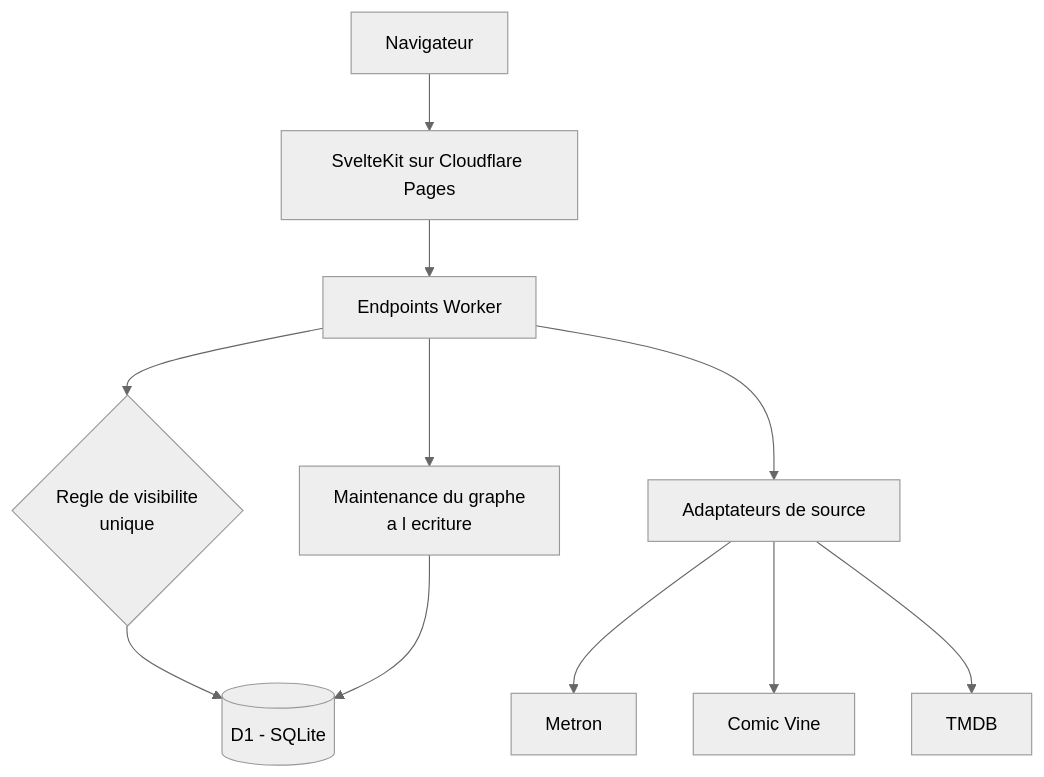
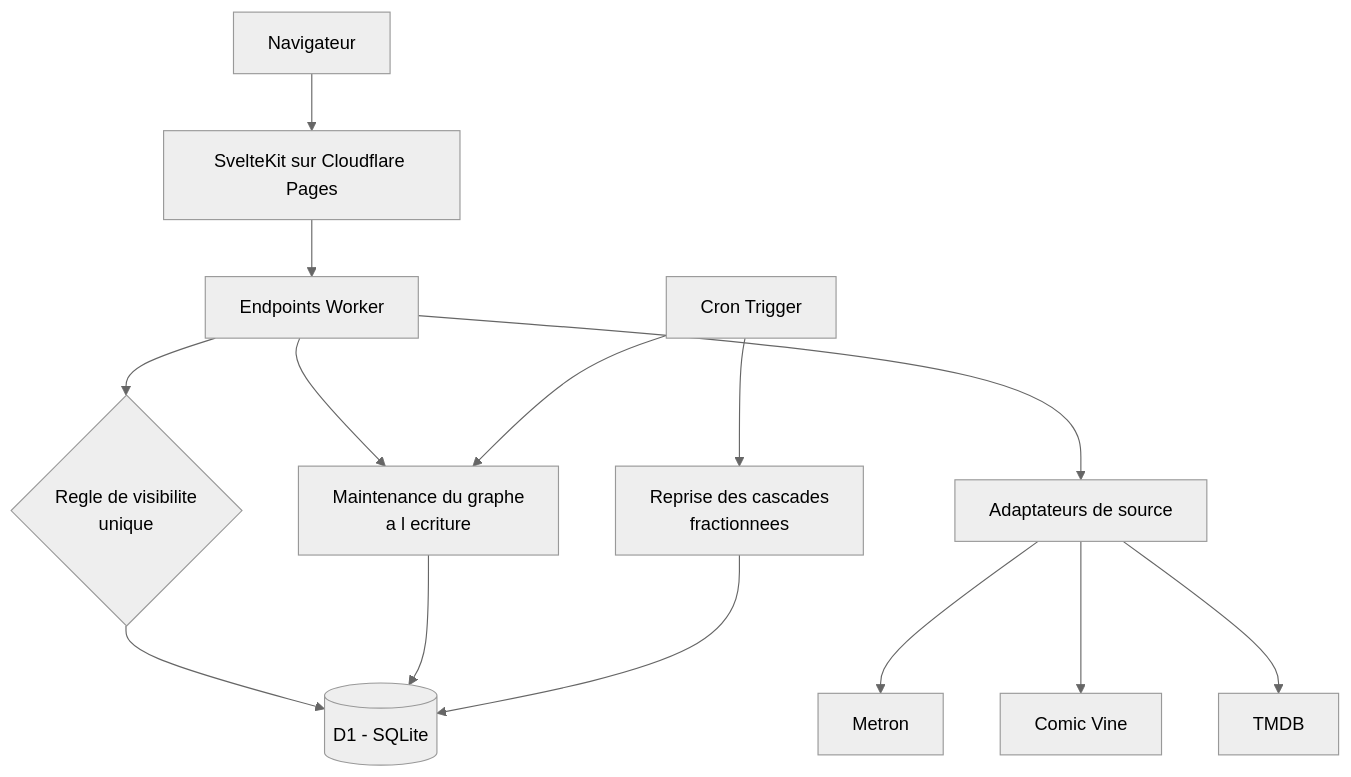
One commit to AntoineBoukhelifa/readerbox changed the first of 3 diagrams in docs/plans/2026-08-01-001-feat-compagnon-univers-marvel-plan.md. Above: the diagram before and after it, drawn with Mermaid (neutral theme). The commit also changed other lines of this file, not shown here.

````diff
--- a/docs/plans/2026-08-01-001-feat-compagnon-univers-marvel-plan.md
+++ b/docs/plans/2026-08-01-001-feat-compagnon-univers-marvel-plan.md
@@ -71,13 +81,16 @@
 ```mermaid
 flowchart TB
   U[Navigateur] --> P[SvelteKit sur Cloudflare Pages]
   P --> W[Endpoints Worker]
   W --> V{Regle de visibilite<br/>unique}
   V --> D[(D1 - SQLite)]
   W --> A[Adaptateurs de source]
   A --> M[Metron]
   A --> C[Comic Vine]
   A --> T[TMDB]
   W --> G[Maintenance du graphe<br/>a l ecriture]
   G --> D
+  K[Cron Trigger] --> G
+  K --> R[Reprise des cascades<br/>fractionnees]
+  R --> D
 ```
````
